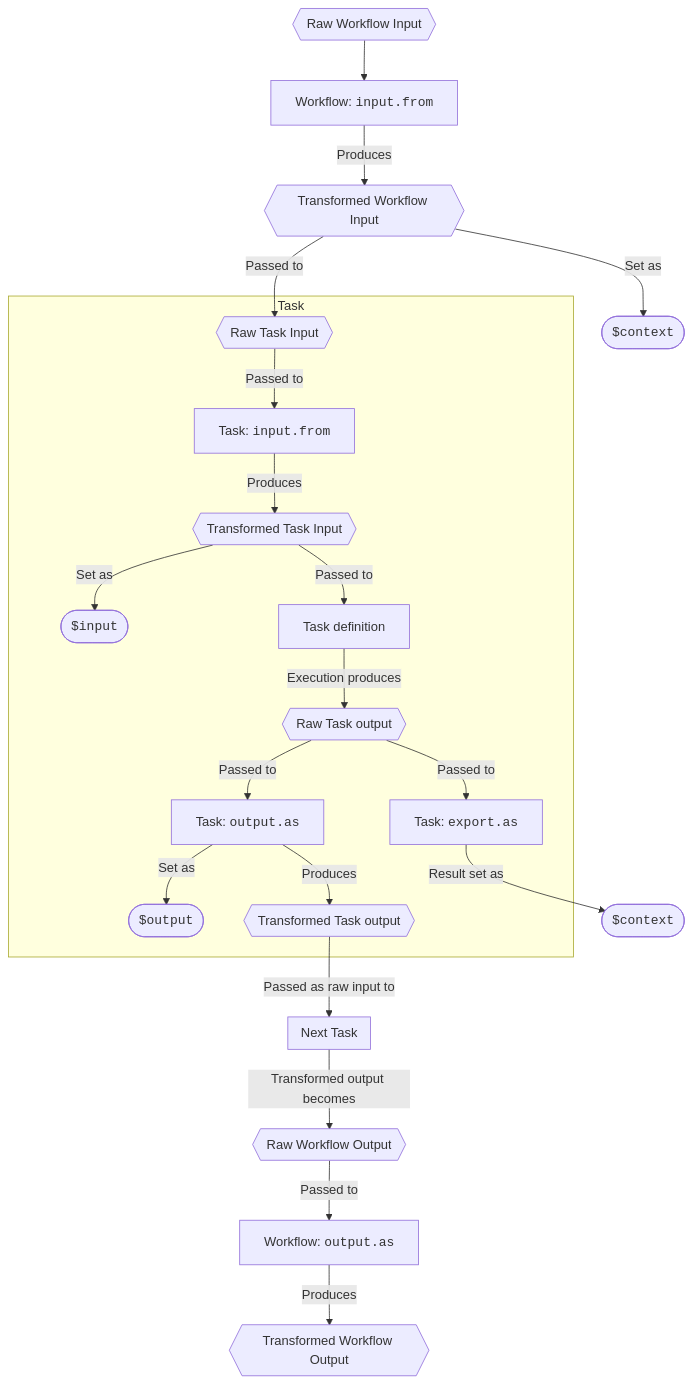
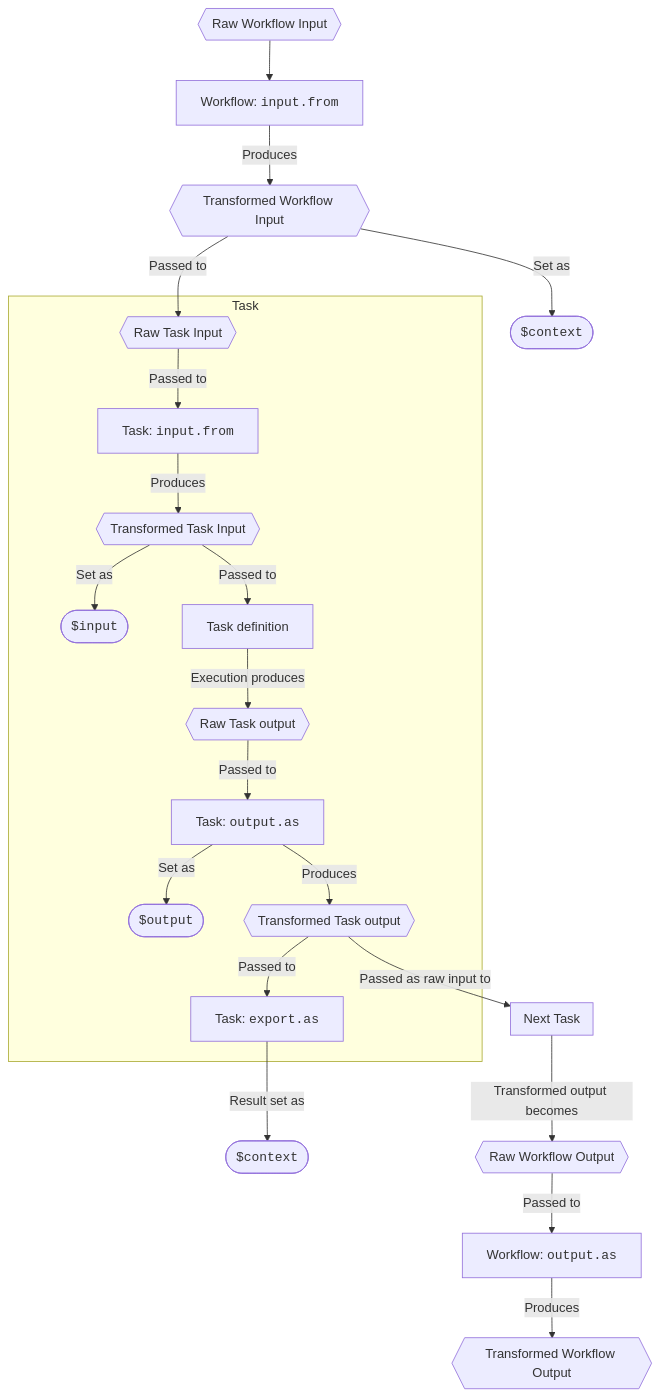
One commit to serverlessworkflow/specification changed the diagram in dsl.md. Above: the diagram before and after it, drawn with Mermaid. The commit also changed other lines of this file, not shown here.

Commit message:
docs: use transformed output as context

````diff
--- a/dsl.md
+++ b/dsl.md
@@ -185,55 +185,55 @@
 ```mermaid
 flowchart TD
 
   initial_context_arg([<code>$context</code>])
   context_arg([<code>$context</code>])
   input_arg([<code>$input</code>])
   output_arg([<code>$output</code>])
 
   workflow_raw_input{{Raw Workflow Input}}
   workflow_input_from[Workflow: <code>input.from</code>]
   workflow_transformed_input{{Transformed Workflow Input}}
 
   task_raw_input{{Raw Task Input}}
   task_input_from[Task: <code>input.from</code>]
   task_transformed_input{{Transformed Task Input}}
   task_definition[Task definition]
   task_raw_output{{Raw Task output}}
   task_output_as[Task: <code>output.as</code>]
   task_transformed_output{{Transformed Task output}}
   task_export_as[Task: <code>export.as</code>]
   
   workflow_raw_output{{Raw Workflow Output}}
   workflow_output_as[Workflow: <code>output.as</code>]
   workflow_transformed_output{{Transformed Workflow Output}}
 
   workflow_raw_input --> workflow_input_from
   workflow_input_from -- Produces --> workflow_transformed_input
   workflow_transformed_input -- Set as --> initial_context_arg
   workflow_transformed_input -- Passed to --> task_raw_input
 
   subgraph Task
 
     task_raw_input -- Passed to --> task_input_from
     task_input_from -- Produces --> task_transformed_input
     task_transformed_input -- Set as --> input_arg
     task_transformed_input -- Passed to --> task_definition
 
     task_definition -- Execution produces --> task_raw_output
     task_raw_output -- Passed to --> task_output_as
     task_output_as -- Produces --> task_transformed_output
     task_output_as -- Set as --> output_arg
-    task_raw_output -- Passed to --> task_export_as
+    task_transformed_output -- Passed to --> task_export_as
   end
 
   task_transformed_output -- Passed as raw input to --> next_task
 
   subgraph next_task [Next Task]
   end
 
   task_export_as -- Result set as --> context_arg
 
   next_task -- Transformed output becomes --> workflow_raw_output
   workflow_raw_output -- Passed to --> workflow_output_as
   workflow_output_as -- Produces --> workflow_transformed_output
 ```
````
